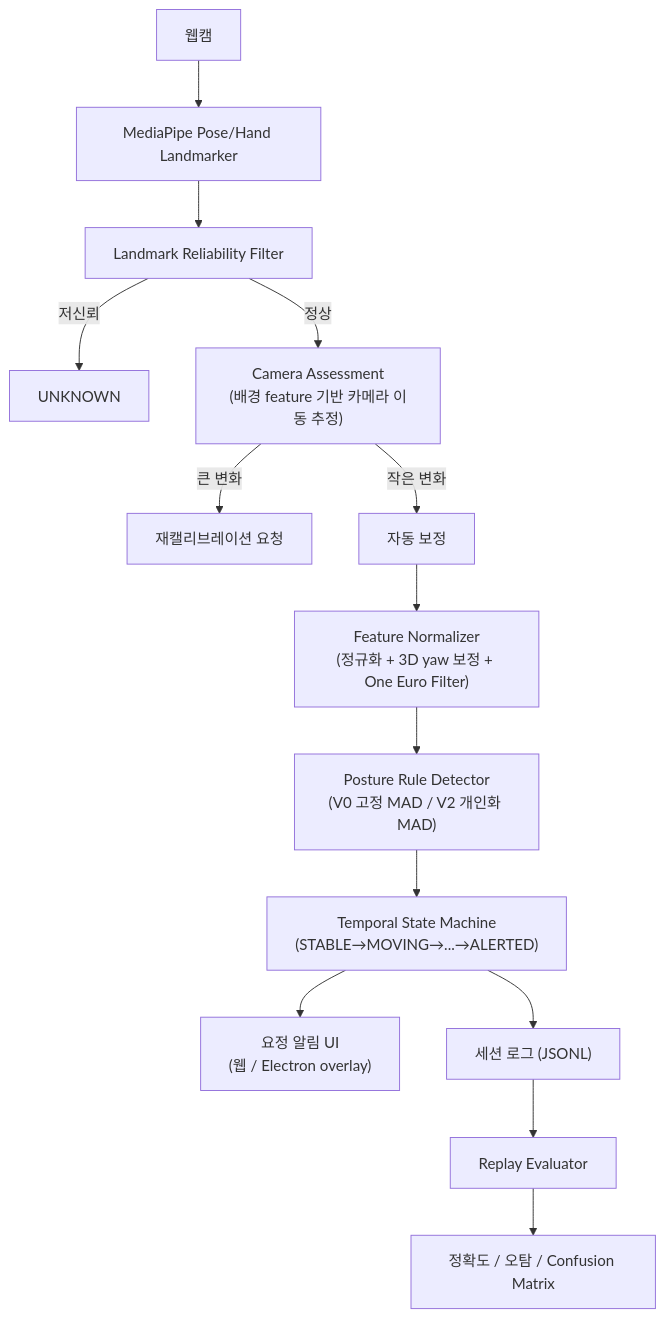
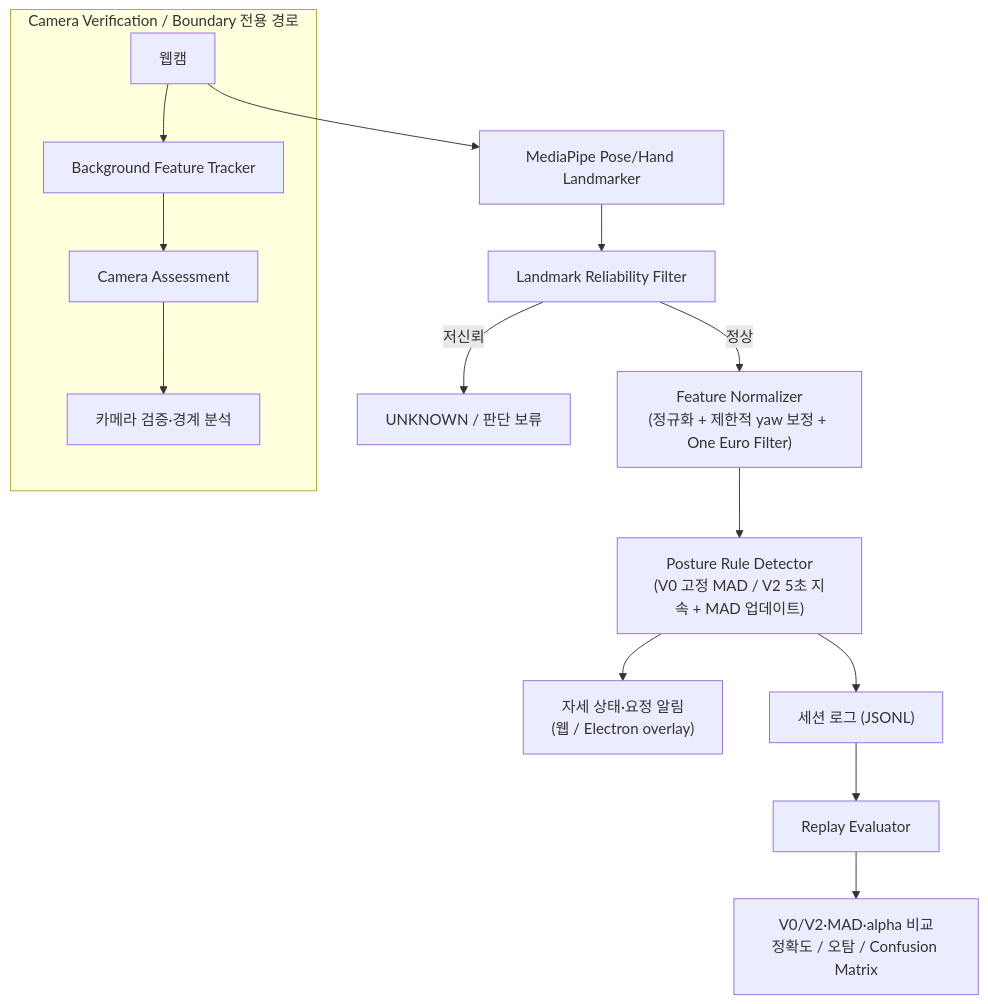
One commit to madcamp-official/Into-the-Deep changed the diagram in README.md. Above: the diagram before and after it, drawn with Mermaid. The commit also changed other lines of this file and 9 other files, not shown here.

````diff
--- a/README.md
+++ b/README.md
@@ -86,16 +88,17 @@
 ```mermaid
 flowchart TD
     Cam["웹캠"] --> MP["MediaPipe Pose/Hand Landmarker"]
     MP --> Rel["Landmark Reliability Filter"]
-    Rel -->|저신뢰| UNK["UNKNOWN"]
-    Rel -->|정상| CamCheck["Camera Assessment\n(배경 feature 기반 카메라 이동 추정)"]
-    CamCheck -->|큰 변화| Recal["재캘리브레이션 요청"]
-    CamCheck -->|작은 변화| Corr["자동 보정"]
-    Corr --> FN["Feature Normalizer\n(정규화 + 3D yaw 보정 + One Euro Filter)"]
-    FN --> Rule["Posture Rule Detector\n(V0 고정 MAD / V2 개인화 MAD)"]
-    Rule --> TSM["Temporal State Machine\n(STABLE→MOVING→...→ALERTED)"]
-    TSM --> UI["요정 알림 UI\n(웹 / Electron overlay)"]
-    TSM --> Log["세션 로그 (JSONL)"]
+    Rel -->|저신뢰| UNK["UNKNOWN / 판단 보류"]
+    Rel -->|정상| FN["Feature Normalizer\n(정규화 + 제한적 yaw 보정 + One Euro Filter)"]
+    FN --> Rule["Posture Rule Detector\n(V0 고정 MAD / V2 5초 지속 + MAD 업데이트)"]
+    Rule --> UI["자세 상태·요정 알림\n(웹 / Electron overlay)"]
+    Rule --> Log["세션 로그 (JSONL)"]
+    subgraph CameraVerification["Camera Verification / Boundary 전용 경로"]
+        Cam --> BG["Background Feature Tracker"]
+        BG --> CA["Camera Assessment"]
+        CA --> CV["카메라 검증·경계 분석"]
+    end
     Log --> Replay["Replay Evaluator"]
-    Replay --> Metrics["정확도 / 오탐 / Confusion Matrix"]
+    Replay --> Metrics["V0/V2·MAD·alpha 비교\n정확도 / 오탐 / Confusion Matrix"]
 ```
````
